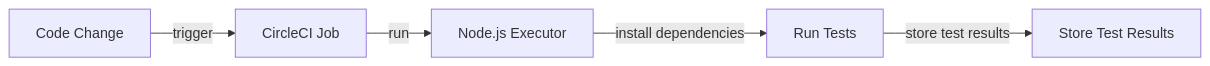
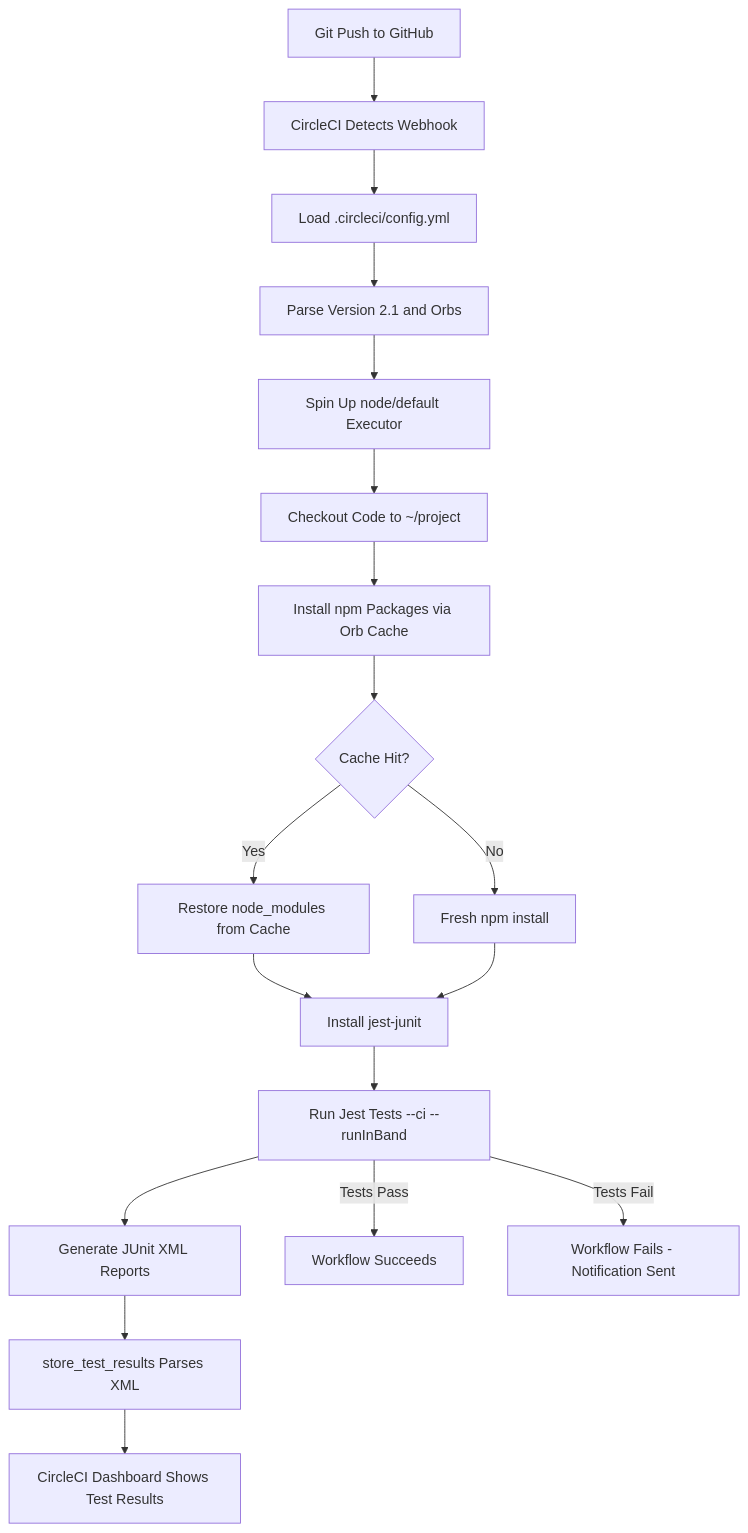
The first of 2 diagrams in raw.md (kanchan-nath/content-pipeline), drawn with Mermaid before and after one commit. The commit also changed other lines of this file and 8 other files, not shown here.

Commit message:
Refactor and update documentation for CircleCI, CodeRabbit, and VS Code configurations; integrate OpenAI SDK in groq.service.js

````diff
--- a/raw.md
+++ b/raw.md
@@ -39,7 +298,20 @@
 ```mermaid
-flowchart LR
-    A[Code Change] -->| trigger | B[CircleCI Job]
-    B -->| run | C[Node.js Executor]
-    C -->| install dependencies | D[Run Tests]
-    D -->| store test results | E[Store Test Results]
+flowchart TD
+    A[Git Push to GitHub] --> B[CircleCI Detects Webhook]
+    B --> C[Load .circleci/config.yml]
+    C --> D[Parse Version 2.1 and Orbs]
+    D --> E[Spin Up node/default Executor]
+    E --> F[Checkout Code to ~/project]
+    F --> G[Install npm Packages via Orb Cache]
+    G --> H{Cache Hit?}
+    H -->|Yes| I[Restore node_modules from Cache]
+    H -->|No| J[Fresh npm install]
+    I --> K[Install jest-junit]
+    J --> K
+    K --> L[Run Jest Tests --ci --runInBand]
+    L --> M[Generate JUnit XML Reports]
+    M --> N[store_test_results Parses XML]
+    N --> O[CircleCI Dashboard Shows Test Results]
+    L -->|Tests Pass| P[Workflow Succeeds]
+    L -->|Tests Fail| Q[Workflow Fails - Notification Sent]
 ```
````
